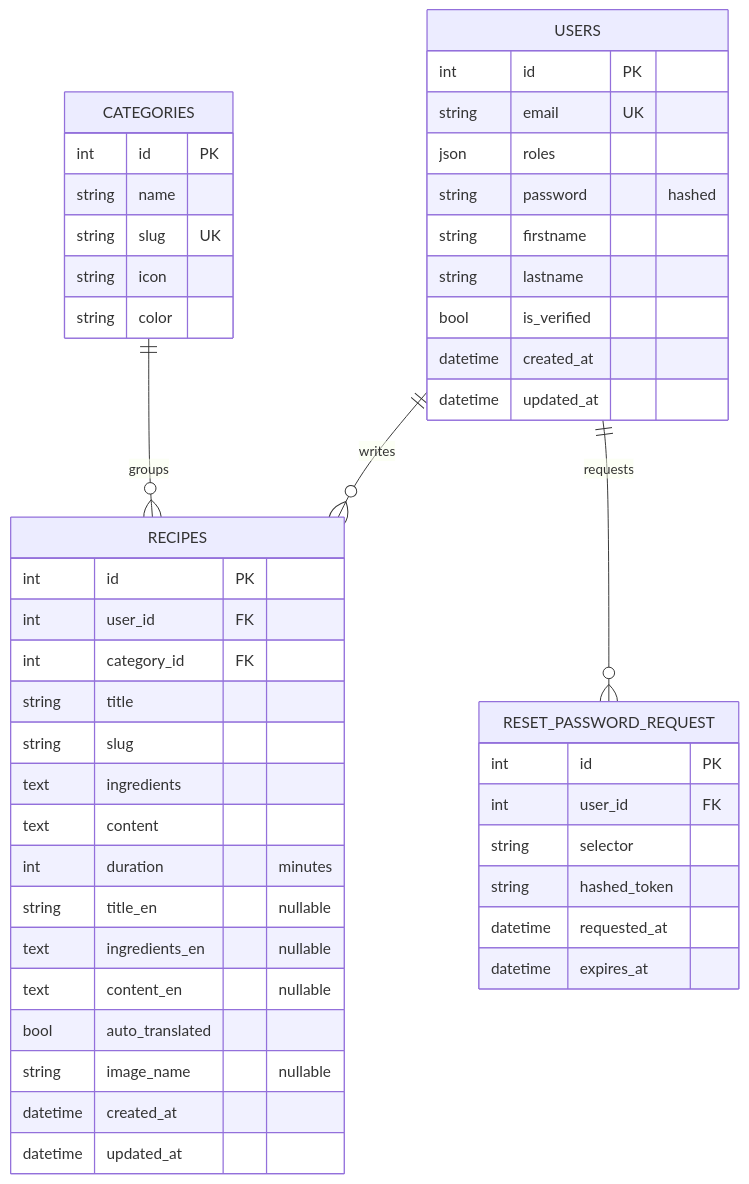
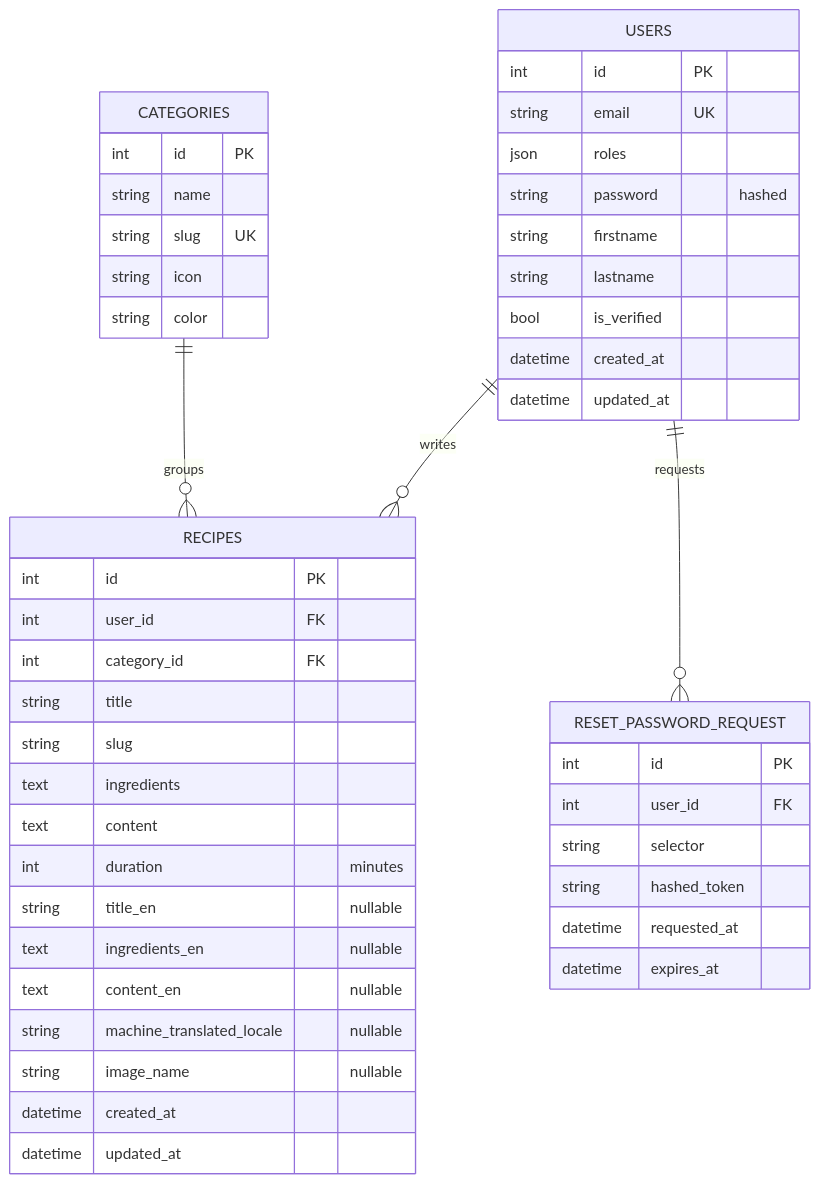
Before and after one commit to puremax-lab/RecetteVie: the diagram in README.md, drawn with Mermaid. The commit also changed other lines of this file, not shown here.

````diff
--- a/README.md
+++ b/README.md
@@ -70,50 +71,50 @@
 ```mermaid
 erDiagram
     USERS ||--o{ RECIPES : writes
     CATEGORIES ||--o{ RECIPES : groups
     USERS ||--o{ RESET_PASSWORD_REQUEST : requests
 
     USERS {
         int id PK
         string email UK
         json roles
         string password "hashed"
         string firstname
         string lastname
         bool is_verified
         datetime created_at
         datetime updated_at
     }
     CATEGORIES {
         int id PK
         string name
         string slug UK
         string icon
         string color
     }
     RECIPES {
         int id PK
         int user_id FK
         int category_id FK
         string title
         string slug
         text ingredients
         text content
         int duration "minutes"
         string title_en "nullable"
         text ingredients_en "nullable"
         text content_en "nullable"
-        bool auto_translated
+        string machine_translated_locale "nullable"
         string image_name "nullable"
         datetime created_at
         datetime updated_at
     }
     RESET_PASSWORD_REQUEST {
         int id PK
         int user_id FK
         string selector
         string hashed_token
         datetime requested_at
         datetime expires_at
     }
 ```
````
